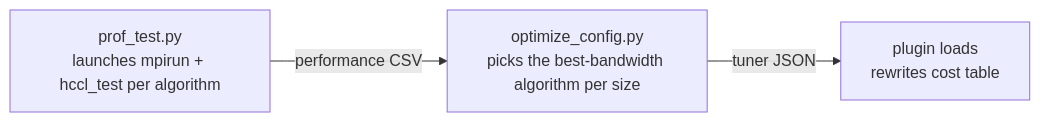
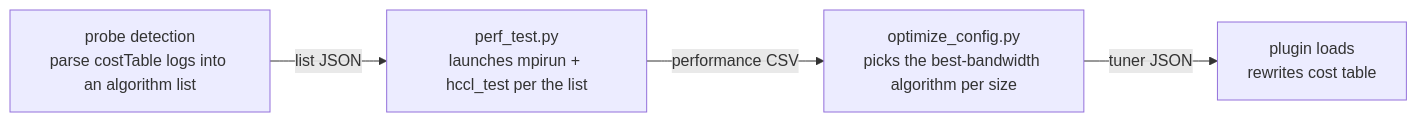
One commit to Atlas-Ascend-Fork/hccl changed the diagram in examples/07_tuner_plugin/README_en.md. Above: the diagram before and after it, drawn with Mermaid. The commit also changed other lines of this file and 6 other files, not shown here.

````diff
--- a/examples/07_tuner_plugin/README_en.md
+++ b/examples/07_tuner_plugin/README_en.md
@@ -37,5 +37,5 @@
 ```mermaid
 flowchart LR
-    A["prof_test.py<br/>launches mpirun + hccl_test per algorithm"] -->|"performance CSV"| B["optimize_config.py<br/>picks the best-bandwidth algorithm per size"]
+    P["probe detection<br/>parse costTable logs into an algorithm list"] -->|"list JSON"| A["perf_test.py<br/>launches mpirun + hccl_test per the list"] -->|"performance CSV"| B["optimize_config.py<br/>picks the best-bandwidth algorithm per size"]
     B -->|"tuner JSON"| C["plugin loads<br/>rewrites cost table"]
 ```
````
